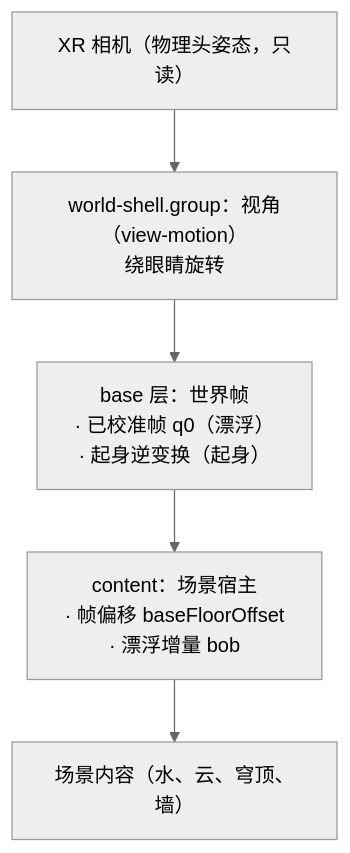
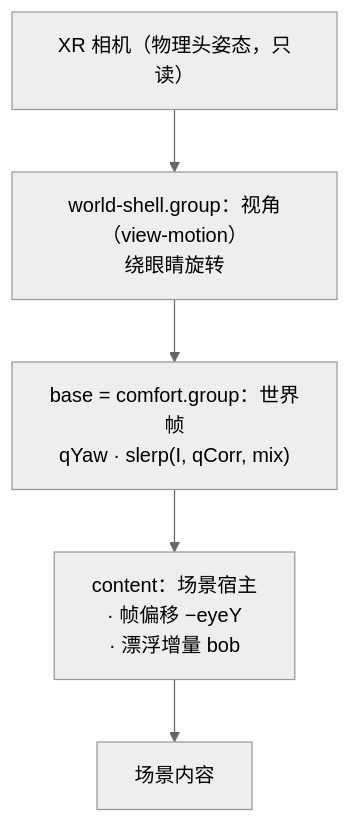
Before and after one commit to fire-disposal/quiet-shore-vr: the diagram in docs/animation.md, drawn with Mermaid (neutral theme). The commit also changed other lines of this file and 25 other files, not shown here.

````diff
--- a/docs/animation.md
+++ b/docs/animation.md
@@ -8,9 +8,9 @@
 ```mermaid
 flowchart TB
   eye["XR 相机（物理头姿态，只读）"]
   shell["world-shell.group：视角（view-motion）<br/>绕眼睛旋转"]
-  base["base 层：世界帧<br/>· 已校准帧 q0（漂浮）<br/>· 起身逆变换（起身）"]
-  content["content：场景宿主<br/>· 帧偏移 baseFloorOffset<br/>· 漂浮增量 bob"]
-  art["场景内容（水、云、穹顶、墙）"]
+  base["base = comfort.group：世界帧<br/>qYaw · slerp(I, qCorr, mix)"]
+  content["content：场景宿主<br/>· 帧偏移 −eyeY<br/>· 漂浮增量 bob"]
+  art["场景内容"]
   eye --> shell --> base --> content --> art
 ```
````
